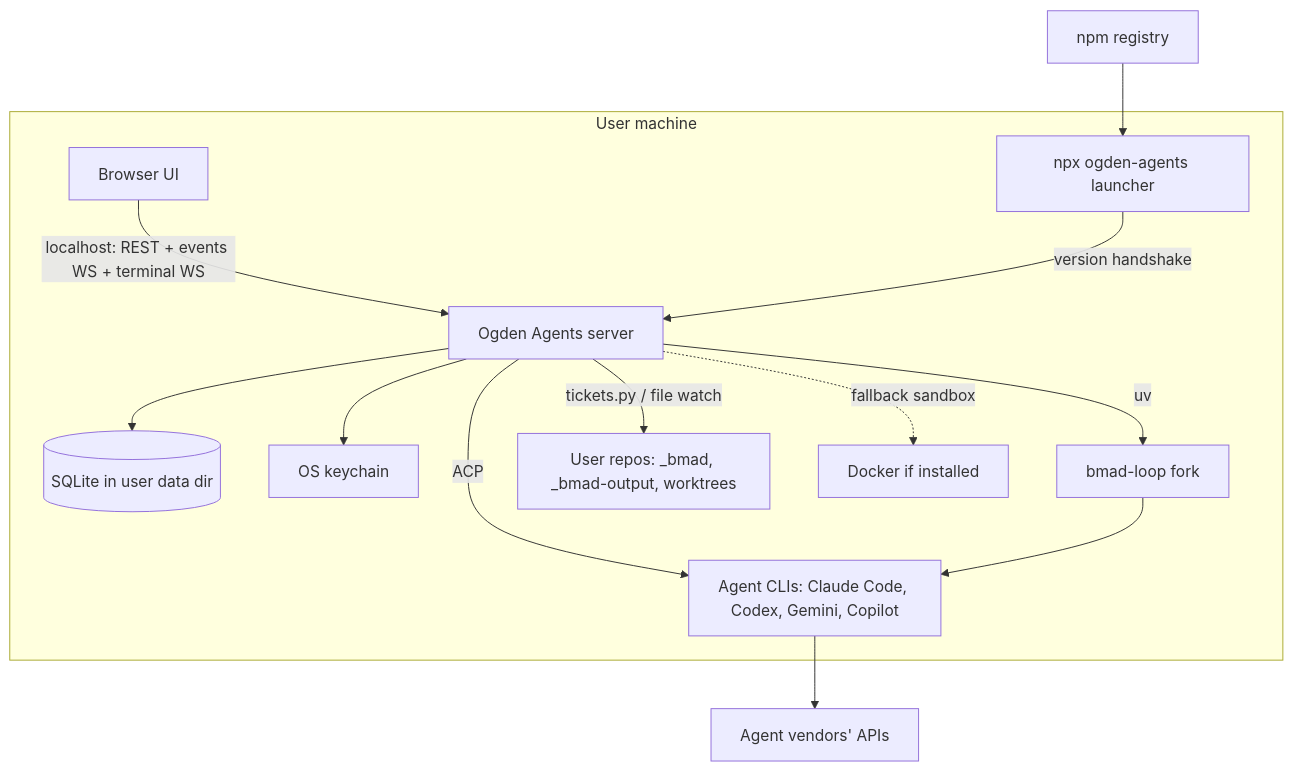
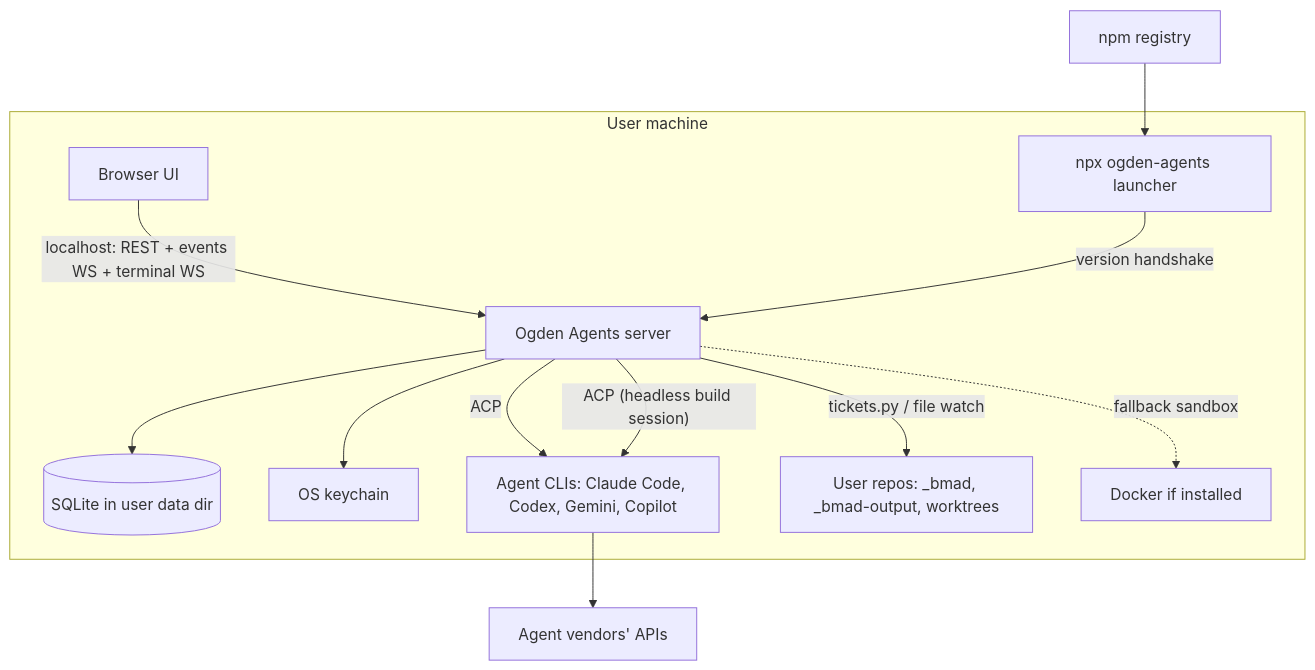
Before and after one commit to hsmith-dev/ogden-agents: the second of 3 diagrams in _bmad-output/initiative-ogden-agents/architecture-ogden-agents/architecture-ogden-agents.md, drawn with Mermaid. The commit also changed other lines of this file and 10 other files, not shown here.

First line of the commit message:
Epic 5: take the ACP fallback for builds (no bmad-loop in v1)

````diff
--- a/_bmad-output/initiative-ogden-agents/architecture-ogden-agents/architecture-ogden-agents.md
+++ b/_bmad-output/initiative-ogden-agents/architecture-ogden-agents/architecture-ogden-agents.md
@@ -322,15 +327,15 @@
 ```mermaid
 graph TB
   subgraph Machine["User machine"]
     B[Browser UI] -- "localhost: REST + events WS + terminal WS" --> S[Ogden Agents server]
     L[npx ogden-agents launcher] -- version handshake --> S
     S --> DB[(SQLite in user data dir)]
     S --> K[OS keychain]
     S -- ACP --> A[Agent CLIs: Claude Code, Codex, Gemini, Copilot]
-    S -- uv --> BL[bmad-loop fork] --> A
+    S -- "ACP (headless build session)" --> A
     S -- tickets.py / file watch --> R[User repos: _bmad, _bmad-output, worktrees]
     S -. fallback sandbox .-> D[Docker if installed]
   end
   A --> V[Agent vendors' APIs]
   NPM[npm registry] --> L
 ```
````
